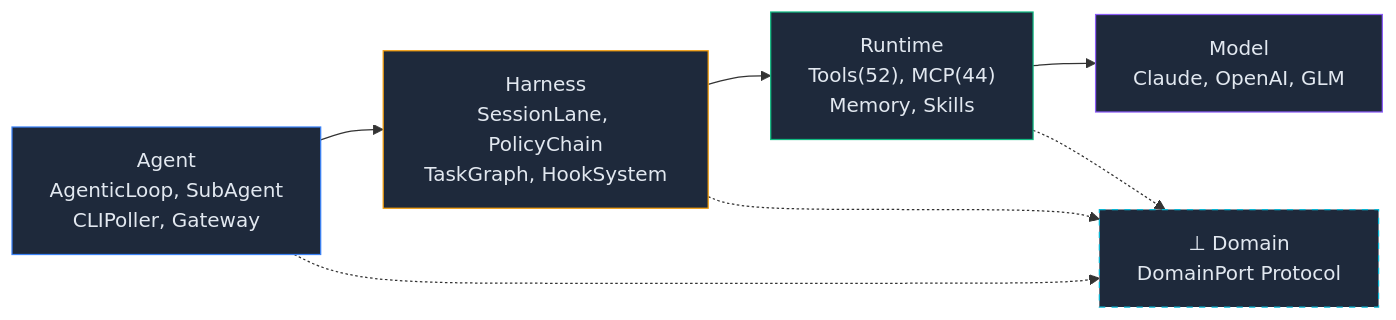
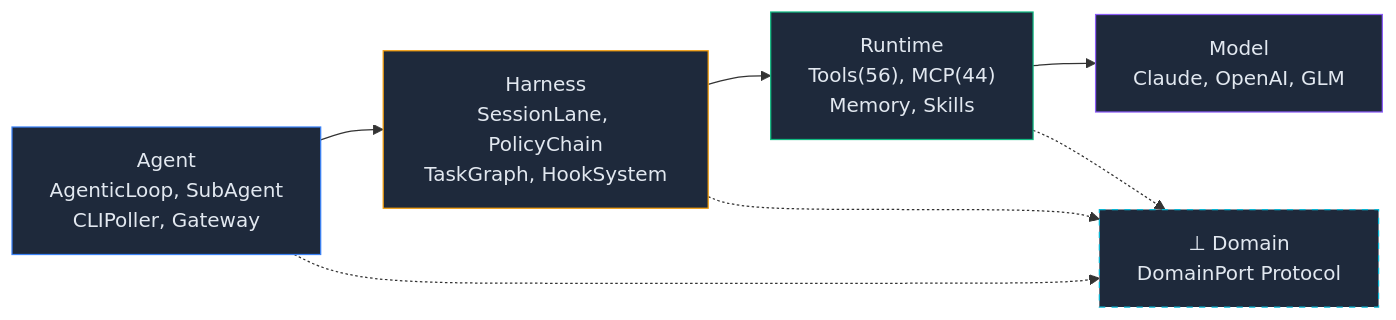
The second of 3 diagrams in README.ko.md (mangowhoiscloud/geode), drawn with Mermaid before and after one commit. The commit also changed other lines of this file, not shown here.

````diff
--- a/README.ko.md
+++ b/README.ko.md
@@ -226,16 +228,16 @@
 ```mermaid
 graph LR
     AG["Agent<br/>AgenticLoop, SubAgent<br/>CLIPoller, Gateway"] --> HA["Harness<br/>SessionLane, PolicyChain<br/>TaskGraph, HookSystem"]
-    HA --> RT["Runtime<br/>Tools(52), MCP(44)<br/>Memory, Skills"]
+    HA --> RT["Runtime<br/>Tools(56), MCP(44)<br/>Memory, Skills"]
     RT --> MD["Model<br/>Claude, OpenAI, GLM"]
 
     AG -.-> DP["⊥ Domain<br/>DomainPort Protocol"]
     HA -.-> DP
     RT -.-> DP
 
     style AG fill:#1e293b,stroke:#3b82f6,color:#e2e8f0
     style HA fill:#1e293b,stroke:#f59e0b,color:#e2e8f0
     style RT fill:#1e293b,stroke:#10b981,color:#e2e8f0
     style MD fill:#1e293b,stroke:#8b5cf6,color:#e2e8f0
     style DP fill:#1e293b,stroke:#06b6d4,color:#e2e8f0,stroke-dasharray: 5 5
 ```
````
